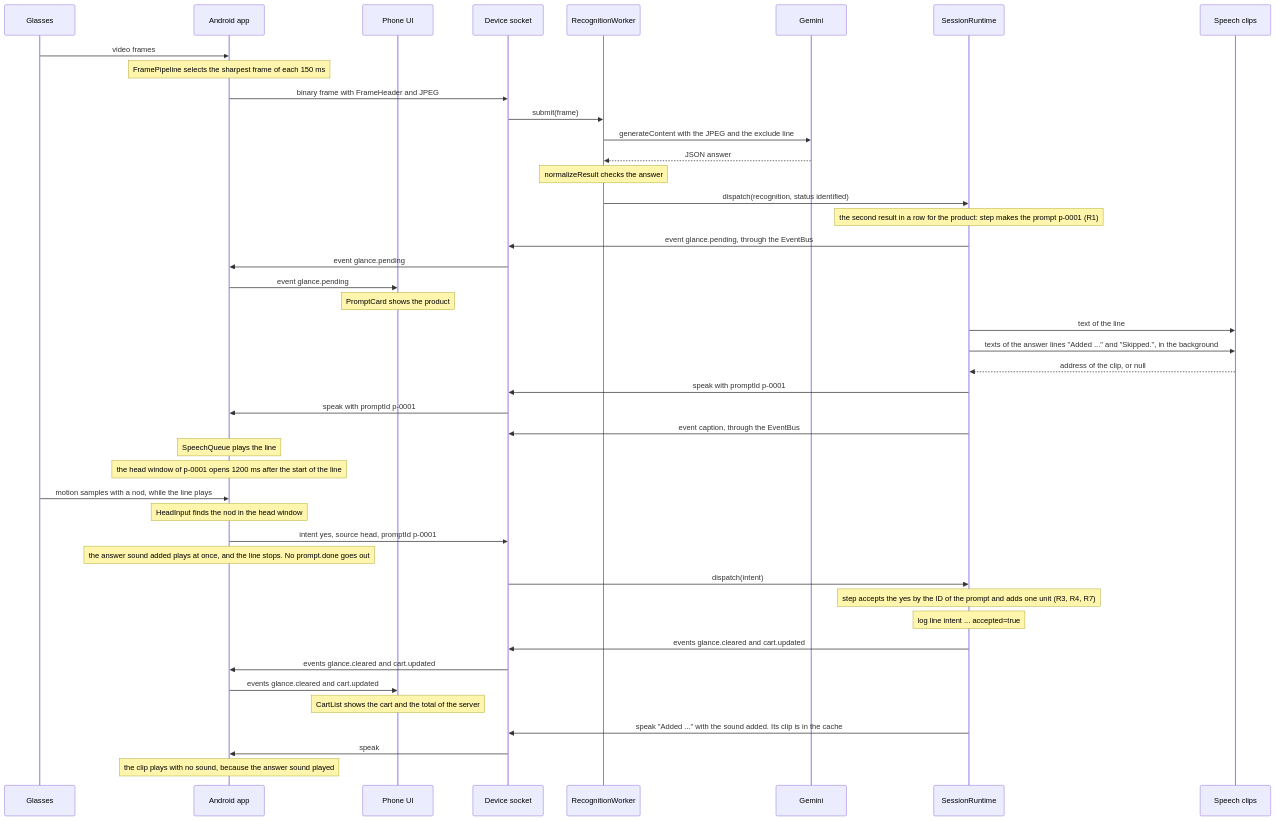
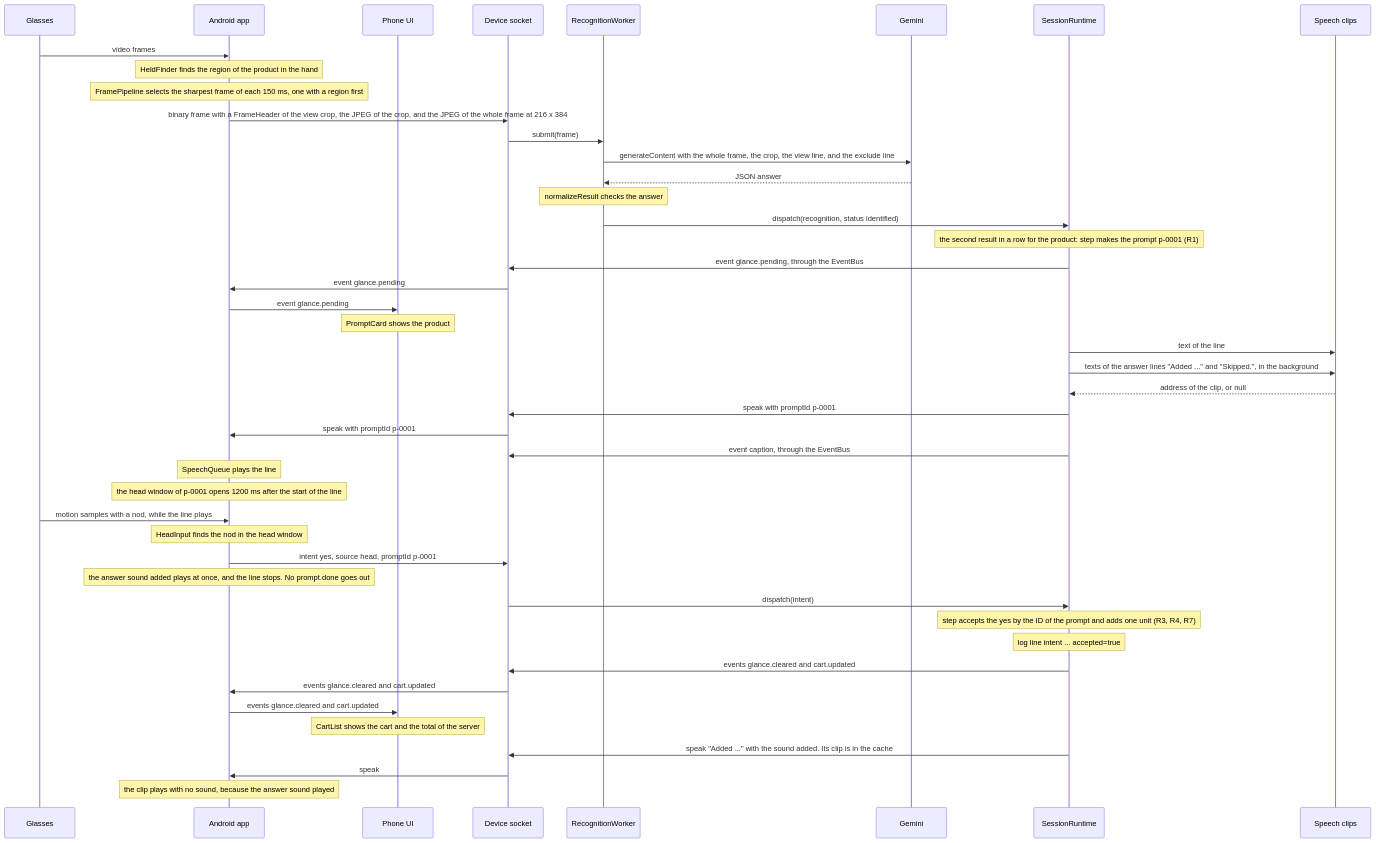
Before and after one commit to mrBymax/glance: the second of 14 diagrams in docs/architecture.md, drawn with Mermaid. The commit also changed other lines of this file and 4 other files, not shown here.

Commit message:
docs: describe the crop of the held product and its measurement

````diff
--- a/docs/architecture.md
+++ b/docs/architecture.md
@@ -139,47 +139,48 @@
 ```mermaid
 sequenceDiagram
   participant Glasses
   participant App as Android app
   participant Page as Phone UI
   participant Socket as Device socket
   participant Worker as RecognitionWorker
   participant Gemini
   participant Runtime as SessionRuntime
   participant Clips as Speech clips
 
   Glasses->>App: video frames
-  Note over App: FramePipeline selects the sharpest frame of each 150 ms
-  App->>Socket: binary frame with FrameHeader and JPEG
+  Note over App: HeldFinder finds the region of the product in the hand
+  Note over App: FramePipeline selects the sharpest frame of each 150 ms, one with a region first
+  App->>Socket: binary frame with a FrameHeader of the view crop, the JPEG of the crop, and the JPEG of the whole frame at 216 x 384
   Socket->>Worker: submit(frame)
-  Worker->>Gemini: generateContent with the JPEG and the exclude line
+  Worker->>Gemini: generateContent with the whole frame, the crop, the view line, and the exclude line
   Gemini-->>Worker: JSON answer
   Note over Worker: normalizeResult checks the answer
   Worker->>Runtime: dispatch(recognition, status identified)
   Note over Runtime: the second result in a row for the product: step makes the prompt p-0001 (R1)
   Runtime->>Socket: event glance.pending, through the EventBus
   Socket->>App: event glance.pending
   App->>Page: event glance.pending
   Note over Page: PromptCard shows the product
   Runtime->>Clips: text of the line
   Runtime->>Clips: texts of the answer lines "Added ..." and "Skipped.", in the background
   Clips-->>Runtime: address of the clip, or null
   Runtime->>Socket: speak with promptId p-0001
   Socket->>App: speak with promptId p-0001
   Runtime->>Socket: event caption, through the EventBus
   Note over App: SpeechQueue plays the line
   Note over App: the head window of p-0001 opens 1200 ms after the start of the line
   Glasses->>App: motion samples with a nod, while the line plays
   Note over App: HeadInput finds the nod in the head window
   App->>Socket: intent yes, source head, promptId p-0001
   Note over App: the answer sound added plays at once, and the line stops. No prompt.done goes out
   Socket->>Runtime: dispatch(intent)
   Note over Runtime: step accepts the yes by the ID of the prompt and adds one unit (R3, R4, R7)
   Note over Runtime: log line intent ... accepted=true
   Runtime->>Socket: events glance.cleared and cart.updated
   Socket->>App: events glance.cleared and cart.updated
   App->>Page: events glance.cleared and cart.updated
   Note over Page: CartList shows the cart and the total of the server
   Runtime->>Socket: speak "Added ..." with the sound added. Its clip is in the cache
   Socket->>App: speak
   Note over App: the clip plays with no sound, because the answer sound played
 ```
````
